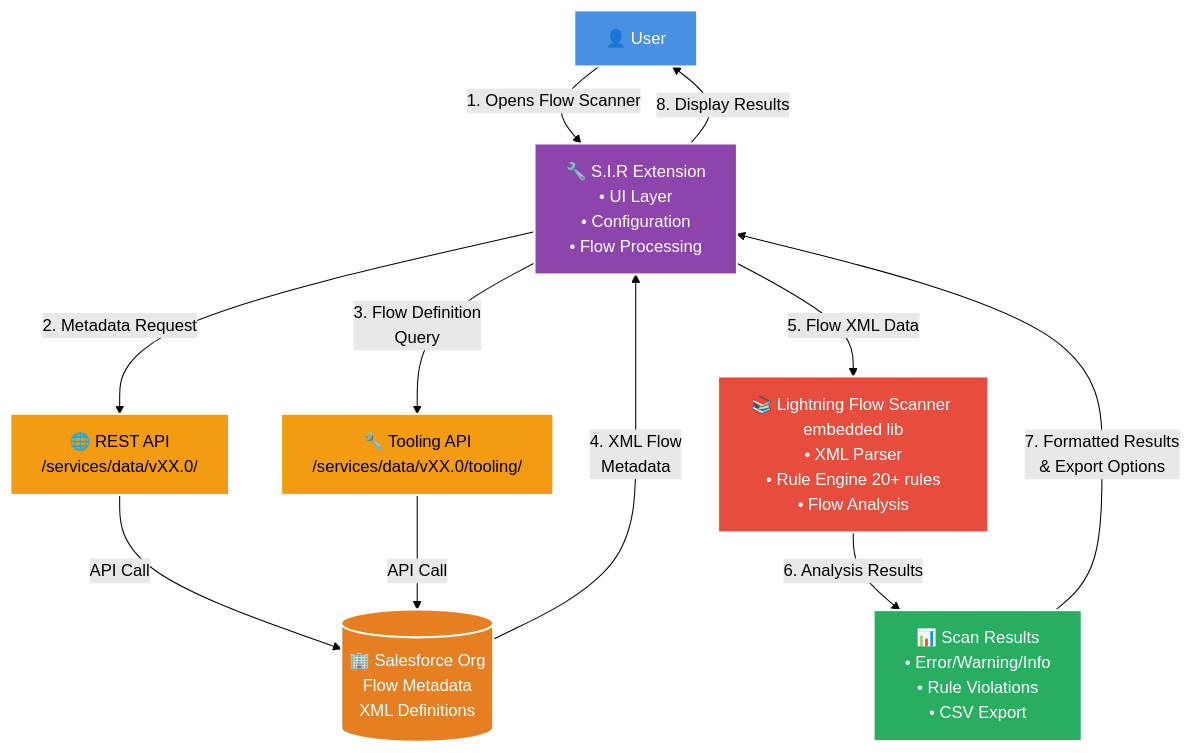
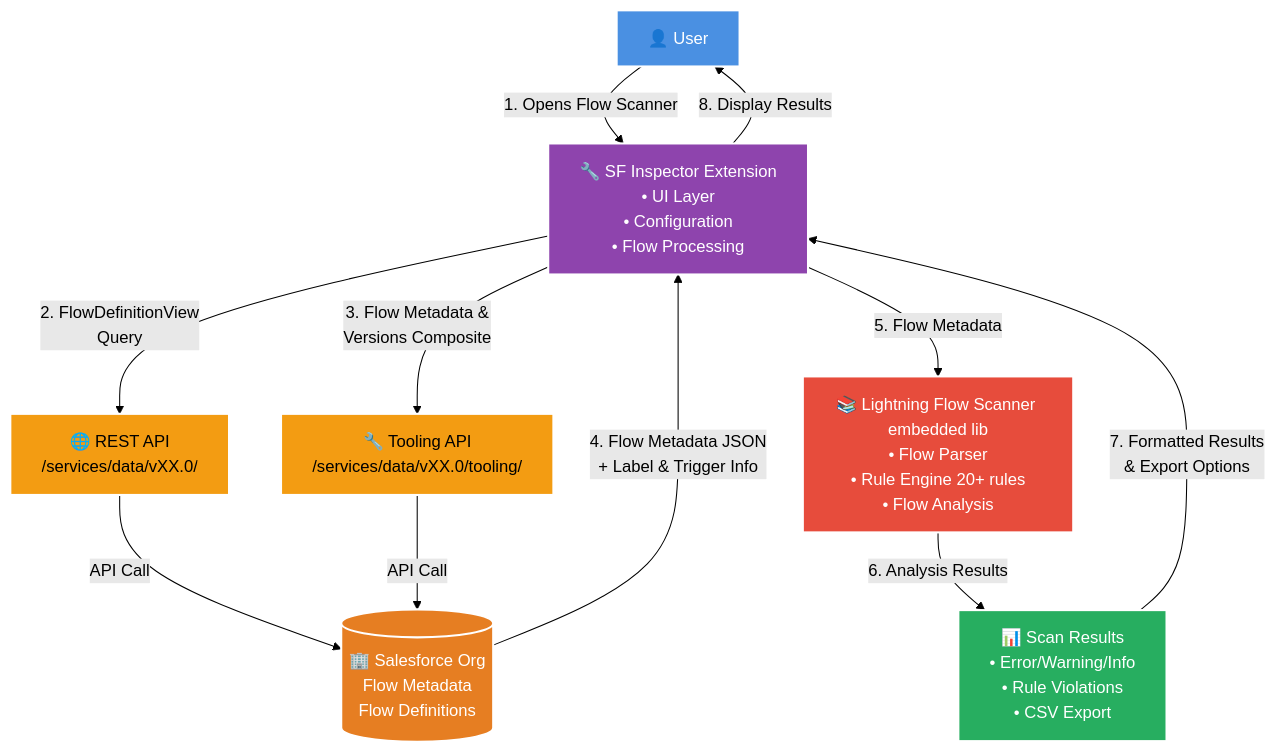
Before and after one commit to Hoofddev/sf-inspector: the diagram in docs/flow-scanner.md, drawn with Mermaid (forest theme). The commit also changed other lines of this file, not shown here.

First line of the commit message:
Describe what the Flow Scanner actually does

````diff
--- a/docs/flow-scanner.md
+++ b/docs/flow-scanner.md
@@ -168,34 +171,34 @@
 ```mermaid
 graph TD
-    U[👤 User] --> |1. Opens Flow Scanner| EXT[🔧 S.I.R Extension<br/>• UI Layer<br/>• Configuration<br/>• Flow Processing]
+    U[👤 User] --> |1. Opens Flow Scanner| EXT[🔧 SF Inspector Extension<br/>• UI Layer<br/>• Configuration<br/>• Flow Processing]
 
-    EXT --> |2. Metadata Request| REST[🌐 REST API<br/>/services/data/vXX.0/]
-    EXT --> |3. Flow Definition<br/>Query| TOOL[🔧 Tooling API<br/>/services/data/vXX.0/tooling/]
+    EXT --> |2. FlowDefinitionView<br/>Query| REST[🌐 REST API<br/>/services/data/vXX.0/]
+    EXT --> |3. Flow Metadata &<br/>Versions Composite| TOOL[🔧 Tooling API<br/>/services/data/vXX.0/tooling/]
 
-    REST --> |API Call| SF[(🏢 Salesforce Org<br/>Flow Metadata<br/>XML Definitions)]
+    REST --> |API Call| SF[(🏢 Salesforce Org<br/>Flow Metadata<br/>Flow Definitions)]
     TOOL --> |API Call| SF
 
-    SF --> |4. XML Flow<br/>Metadata| EXT
+    SF --> |4. Flow Metadata JSON<br/>+ Label & Trigger Info| EXT
 
-    EXT --> |5. Flow XML Data| CORE[📚 Lightning Flow Scanner embedded lib<br/>• XML Parser<br/>• Rule Engine 20+ rules<br/>• Flow Analysis]
+    EXT --> |5. Flow Metadata| CORE[📚 Lightning Flow Scanner embedded lib<br/>• Flow Parser<br/>• Rule Engine 20+ rules<br/>• Flow Analysis]
 
     CORE --> |6. Analysis Results| RES[📊 Scan Results<br/>• Error/Warning/Info<br/>• Rule Violations<br/>• CSV Export]
 
     RES --> |7. Formatted Results<br/>& Export Options| EXT
     EXT --> |8. Display Results| U
 
     %% Dark mode friendly styling
     classDef userClass fill:#4a90e2,stroke:#ffffff,stroke-width:2px,color:#ffffff
     classDef extensionClass fill:#8e44ad,stroke:#ffffff,stroke-width:2px,color:#ffffff
     classDef apiClass fill:#f39c12,stroke:#ffffff,stroke-width:2px,color:#000000
     classDef salesforceClass fill:#e67e22,stroke:#ffffff,stroke-width:2px,color:#ffffff
     classDef coreClass fill:#e74c3c,stroke:#ffffff,stroke-width:2px,color:#ffffff
     classDef resultClass fill:#27ae60,stroke:#ffffff,stroke-width:2px,color:#ffffff
 
     class U userClass
     class EXT extensionClass
     class REST,TOOL apiClass
     class SF salesforceClass
     class CORE coreClass
     class RES resultClass
 ```
````
